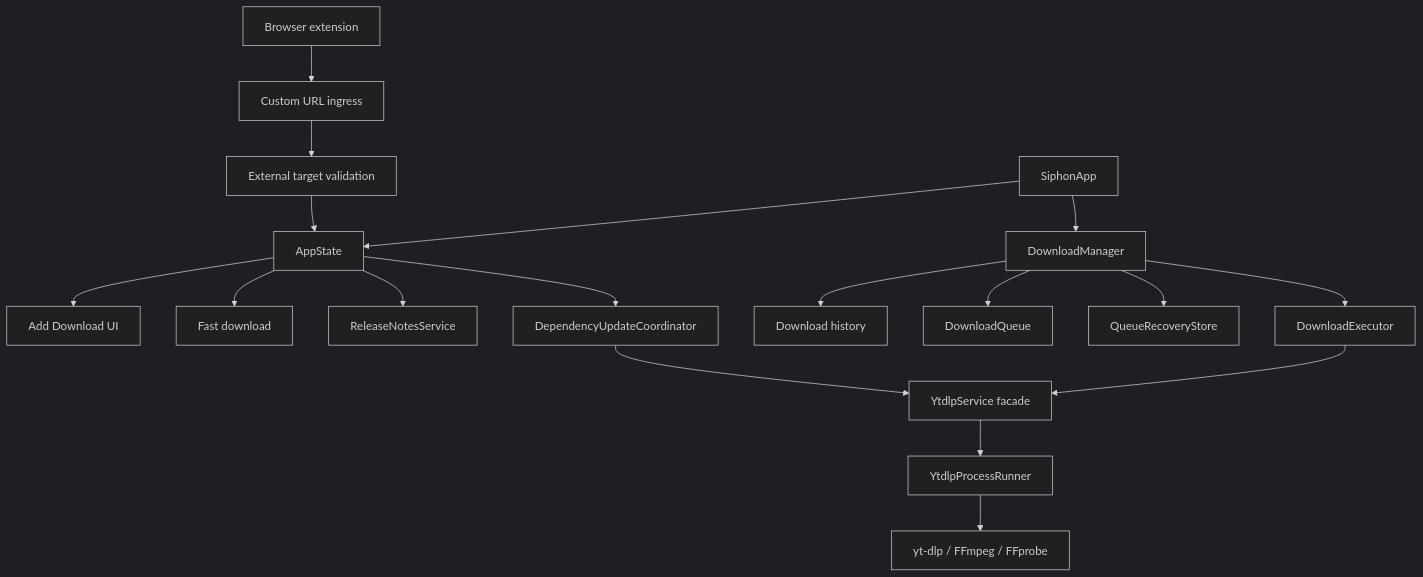
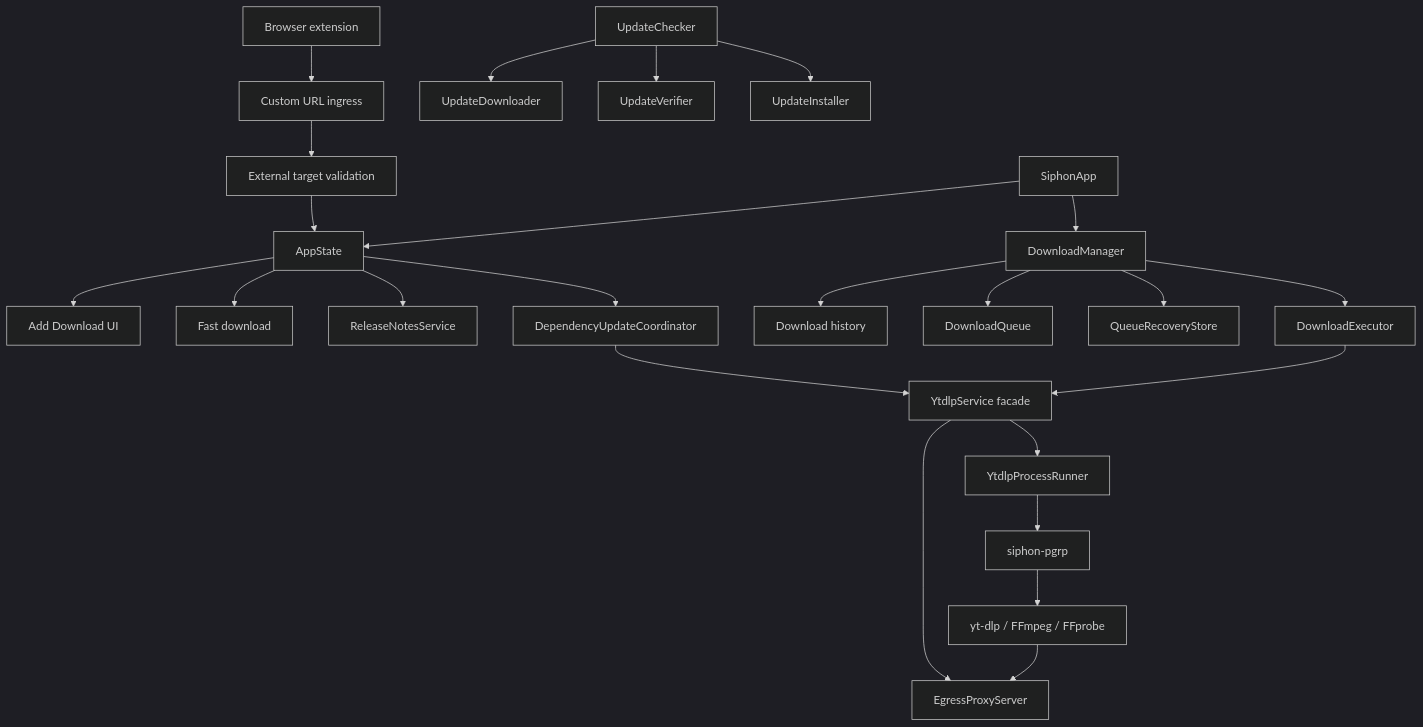
Before and after one commit to marspater/jolly-hopper: the diagram in ARCHITECTURE.md, drawn with Mermaid (dark theme). The commit also changed other lines of this file and 23 other files, not shown here.

````diff
--- a/ARCHITECTURE.md
+++ b/ARCHITECTURE.md
@@ -7,23 +24,30 @@
 ```mermaid
 flowchart TD
     Browser[Browser extension] --> URL[Custom URL ingress]
     URL --> Validation[External target validation]
     Validation --> AppState[AppState]
     AppState --> AddUI[Add Download UI]
     AppState --> Fast[Fast download]
 
     SiphonApp --> AppState
     SiphonApp --> DownloadManager
 
     DownloadManager --> History[Download history]
     DownloadManager --> Queue[DownloadQueue]
     DownloadManager --> Recovery[QueueRecoveryStore]
     DownloadManager --> Executor[DownloadExecutor]
     Executor --> Ytdlp[YtdlpService facade]
+    Ytdlp --> Proxy[EgressProxyServer]
     Ytdlp --> Runner[YtdlpProcessRunner]
-    Runner --> Tools[yt-dlp / FFmpeg / FFprobe]
+    Runner --> Pgrp[siphon-pgrp]
+    Pgrp --> Tools[yt-dlp / FFmpeg / FFprobe]
+    Tools --> Proxy
 
     AppState --> ReleaseNotes[ReleaseNotesService]
     AppState --> DependencyUpdates[DependencyUpdateCoordinator]
     DependencyUpdates --> Ytdlp
+
+    UpdateChecker --> UpdateDownloader
+    UpdateChecker --> UpdateVerifier
+    UpdateChecker --> UpdateInstaller
 ```
````
